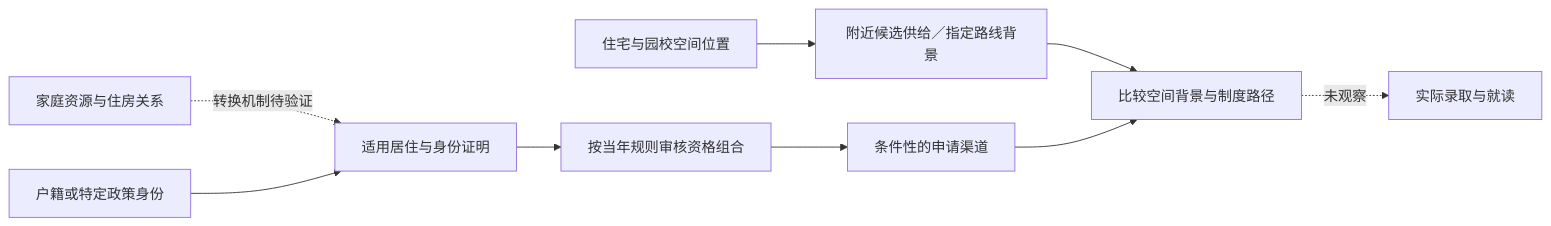
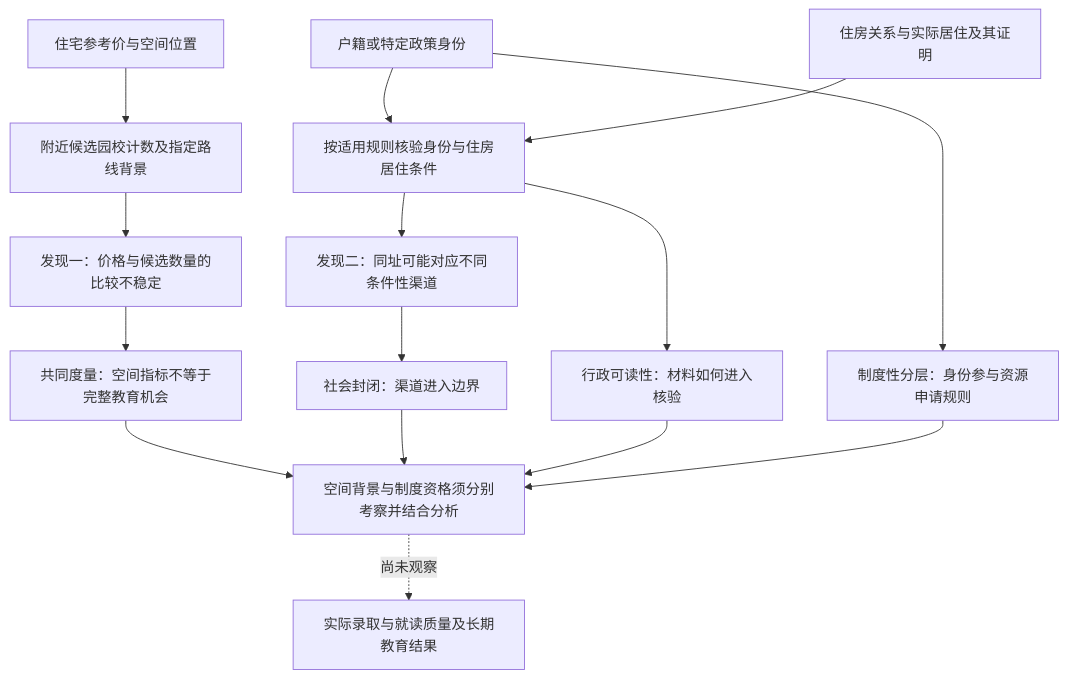
Before and after one commit to alphakeeer/UCUG3801_Poster: the diagram in 04_工作区/研究分析/理论支撑/12_Poster整合说明_理论支撑定稿.md, drawn with Mermaid. The commit also changed other lines of this file and 3 other files, not shown here.

````diff
--- a/04_工作区/研究分析/理论支撑/12_Poster整合说明_理论支撑定稿.md
+++ b/04_工作区/研究分析/理论支撑/12_Poster整合说明_理论支撑定稿.md
@@ -166,11 +178,17 @@
 ```mermaid
-flowchart LR
-    A[住宅与园校空间位置] --> S[附近候选供给／指定路线背景]
-    B[家庭资源与住房关系] -.转换机制待验证.-> C[适用居住与身份证明]
-    H[户籍或特定政策身份] --> C
-    C --> D[按当年规则审核资格组合]
-    D --> E[条件性的申请渠道]
-    S --> Q[比较空间背景与制度路径]
-    E --> Q
-    Q -.未观察.-> Y[实际录取与就读]
+flowchart TD
+    A[住宅参考价与空间位置] --> B[附近候选园校计数及指定路线背景]
+    B --> C[发现一：价格与候选数量的比较不稳定]
+    C --> M[共同度量：空间指标不等于完整教育机会]
+    H[户籍或特定政策身份] --> V[按适用规则核验身份与住房居住条件]
+    R[住房关系与实际居住及其证明] --> V
+    V --> E[发现二：同址可能对应不同条件性渠道]
+    E --> K[社会封闭：渠道进入边界]
+    V --> L[行政可读性：材料如何进入核验]
+    H --> I[制度性分层：身份参与资源申请规则]
+    M --> Q[空间背景与制度资格须分别考察并结合分析]
+    K --> Q
+    L --> Q
+    I --> Q
+    Q -. 尚未观察 .-> Y[实际录取与就读质量及长期教育结果]
 ```
````
